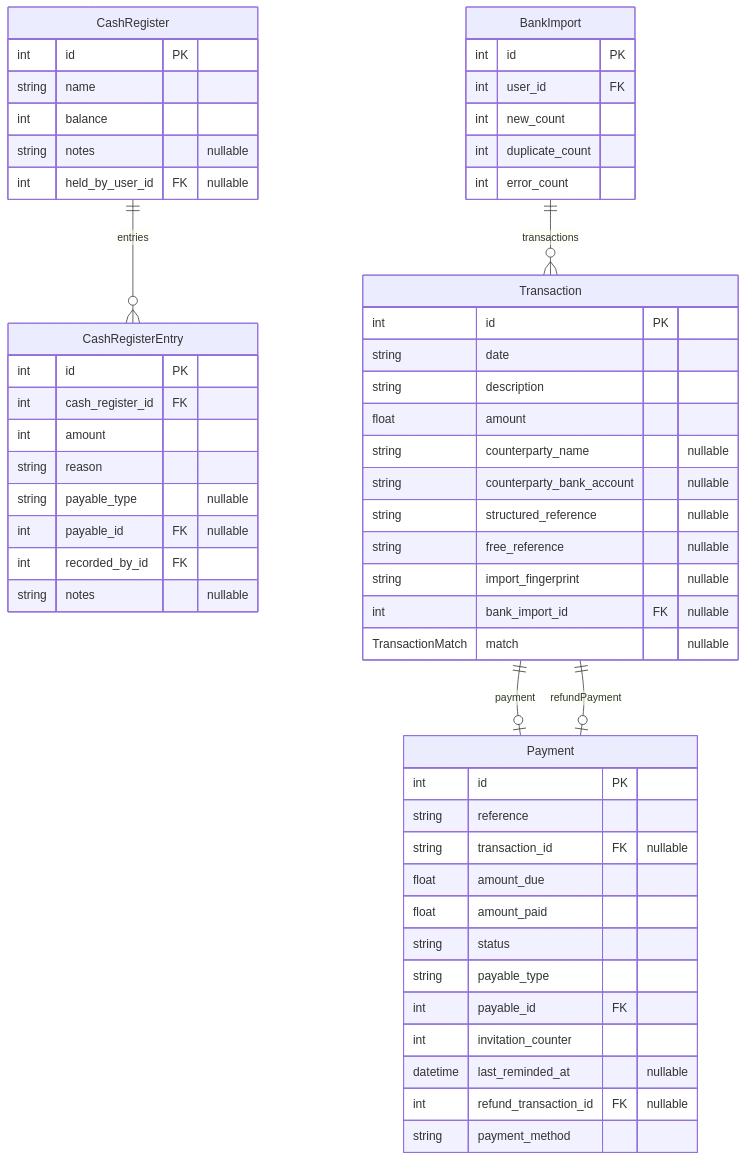
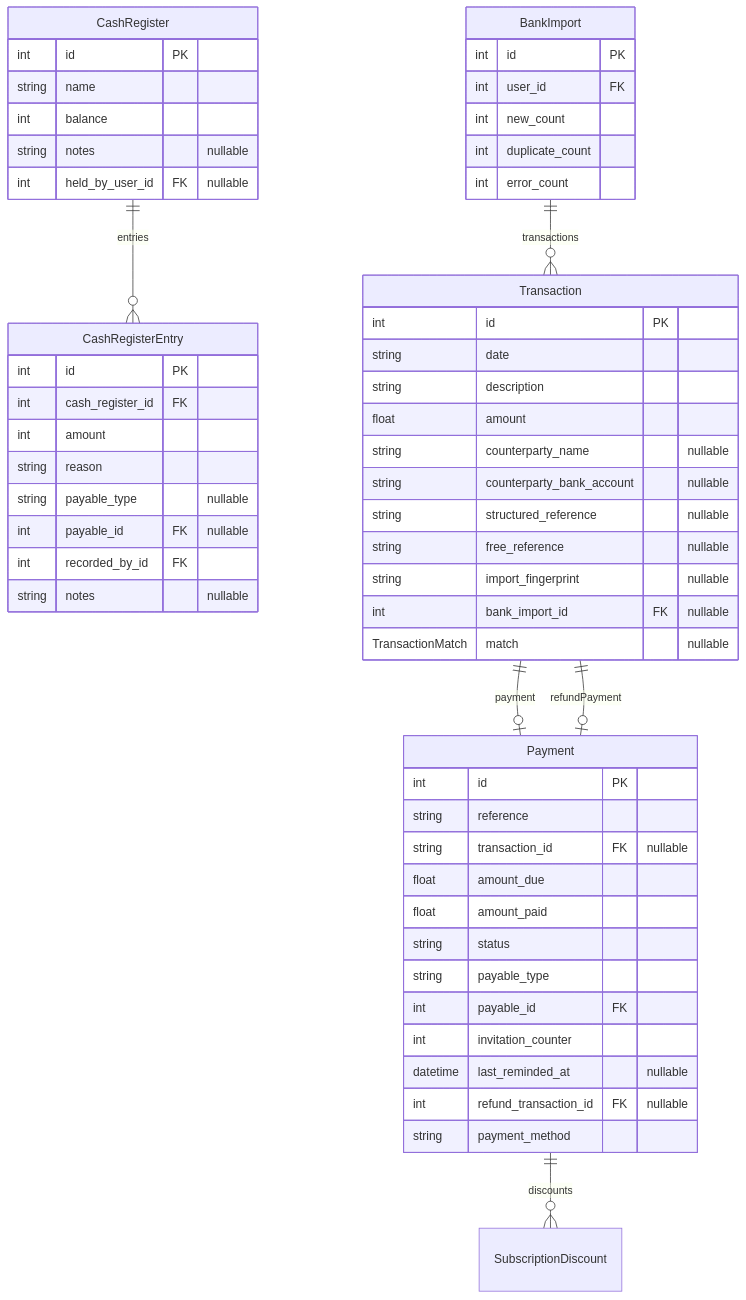
One commit to Paupoo/tabletennisclub-app changed the diagram in docs/erd/clubadmin-payment.md. Above: the diagram before and after it, drawn with Mermaid. The commit also changed 45 other files, not shown here.

````diff
--- a/docs/erd/clubadmin-payment.md
+++ b/docs/erd/clubadmin-payment.md
@@ -3,59 +3,60 @@
 ```mermaid
 erDiagram
     BankImport {
         int id PK
         int user_id FK
         int new_count
         int duplicate_count
         int error_count
     }
     CashRegister {
         int id PK
         string name
         int balance
         string notes "nullable"
         int held_by_user_id FK "nullable"
     }
     CashRegisterEntry {
         int id PK
         int cash_register_id FK
         int amount
         string reason
         string payable_type "nullable"
         int payable_id FK "nullable"
         int recorded_by_id FK
         string notes "nullable"
     }
     Payment {
         int id PK
         string reference
         string transaction_id FK "nullable"
         float amount_due
         float amount_paid
         string status
         string payable_type
         int payable_id FK
         int invitation_counter
         datetime last_reminded_at "nullable"
         int refund_transaction_id FK "nullable"
         string payment_method
     }
     Transaction {
         int id PK
         string date
         string description
         float amount
         string counterparty_name "nullable"
         string counterparty_bank_account "nullable"
         string structured_reference "nullable"
         string free_reference "nullable"
         string import_fingerprint "nullable"
         int bank_import_id FK "nullable"
         TransactionMatch match "nullable"
     }
 
     BankImport ||--o{ Transaction : "transactions"
     CashRegister ||--o{ CashRegisterEntry : "entries"
+    Payment ||--o{ SubscriptionDiscount : "discounts"
     Transaction ||--o| Payment : "payment"
     Transaction ||--o| Payment : "refundPayment"
 ```
````
